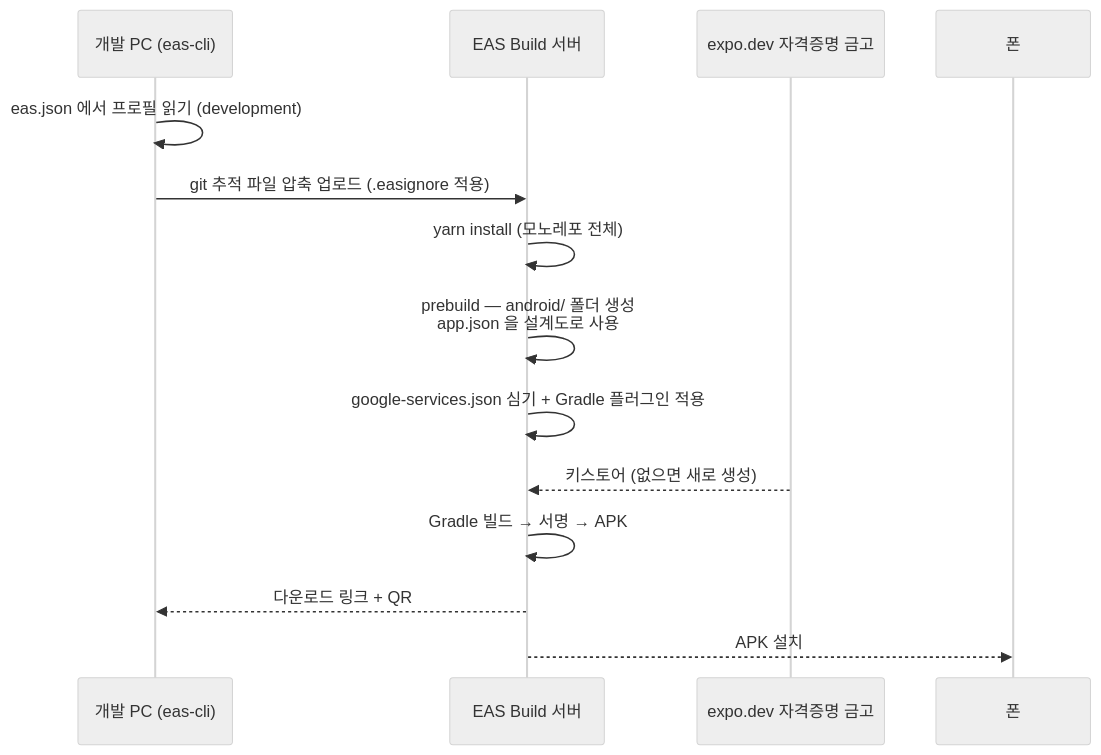
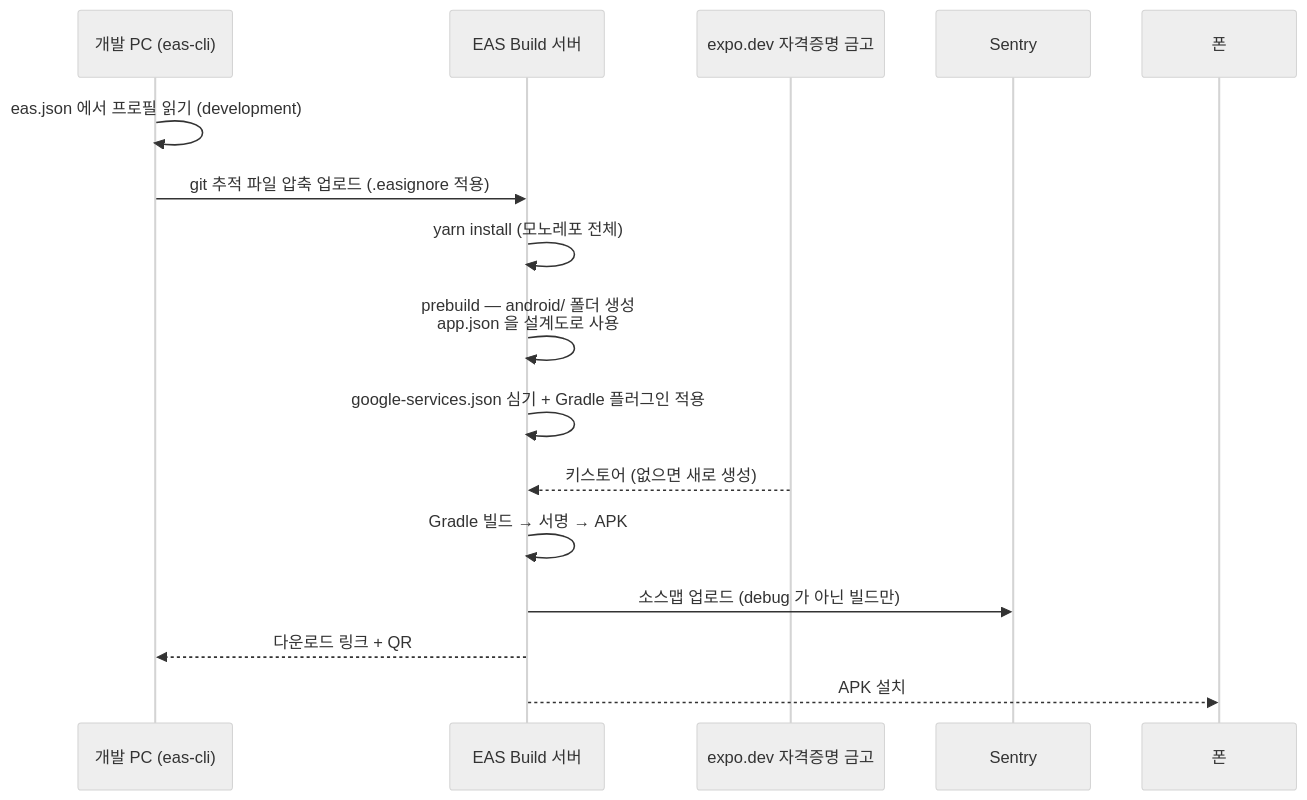
Before and after one commit to ansm0403/E-commerce_shopping_mall: the second of 5 diagrams in docs/learning/ops-companion/infra-story.md, drawn with Mermaid (neutral theme). The commit also changed other lines of this file and 32 other files, not shown here.

````diff
--- a/docs/learning/ops-companion/infra-story.md
+++ b/docs/learning/ops-companion/infra-story.md
@@ -191,17 +192,19 @@
 ```mermaid
 sequenceDiagram
     participant PC as 개발 PC (eas-cli)
     participant EAS as EAS Build 서버
     participant Cred as expo.dev 자격증명 금고
+    participant Sentry
     participant Phone as 폰
 
     PC->>PC: eas.json 에서 프로필 읽기 (development)
     PC->>EAS: git 추적 파일 압축 업로드 (.easignore 적용)
     EAS->>EAS: yarn install (모노레포 전체)
     EAS->>EAS: prebuild — android/ 폴더 생성<br/>app.json 을 설계도로 사용
     EAS->>EAS: google-services.json 심기 + Gradle 플러그인 적용
     Cred-->>EAS: 키스토어 (없으면 새로 생성)
     EAS->>EAS: Gradle 빌드 → 서명 → APK
+    EAS->>Sentry: 소스맵 업로드 (debug 가 아닌 빌드만)
     EAS-->>PC: 다운로드 링크 + QR
     EAS-->>Phone: APK 설치
 ```
````
